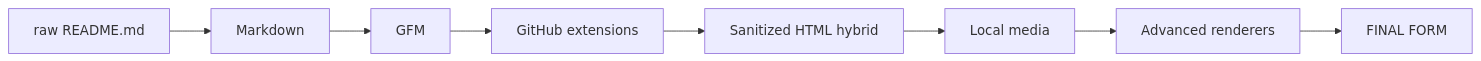
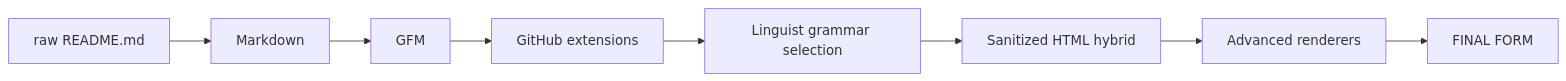
The first of 3 diagrams in README.md (thiepn/markdown), drawn with Mermaid before and after one commit. The commit also changed other lines of this file, not shown here.

````diff
--- a/README.md
+++ b/README.md
@@ -78,10 +78,10 @@
 ```mermaid
 flowchart LR
     A[raw README.md] --> B[Markdown]
     B --> C[GFM]
     C --> D[GitHub extensions]
-    D --> E[Sanitized HTML hybrid]
-    E --> F[Local media]
+    D --> E[Linguist grammar selection]
+    E --> F[Sanitized HTML hybrid]
     F --> G[Advanced renderers]
     G --> H[FINAL FORM]
 ```
````
